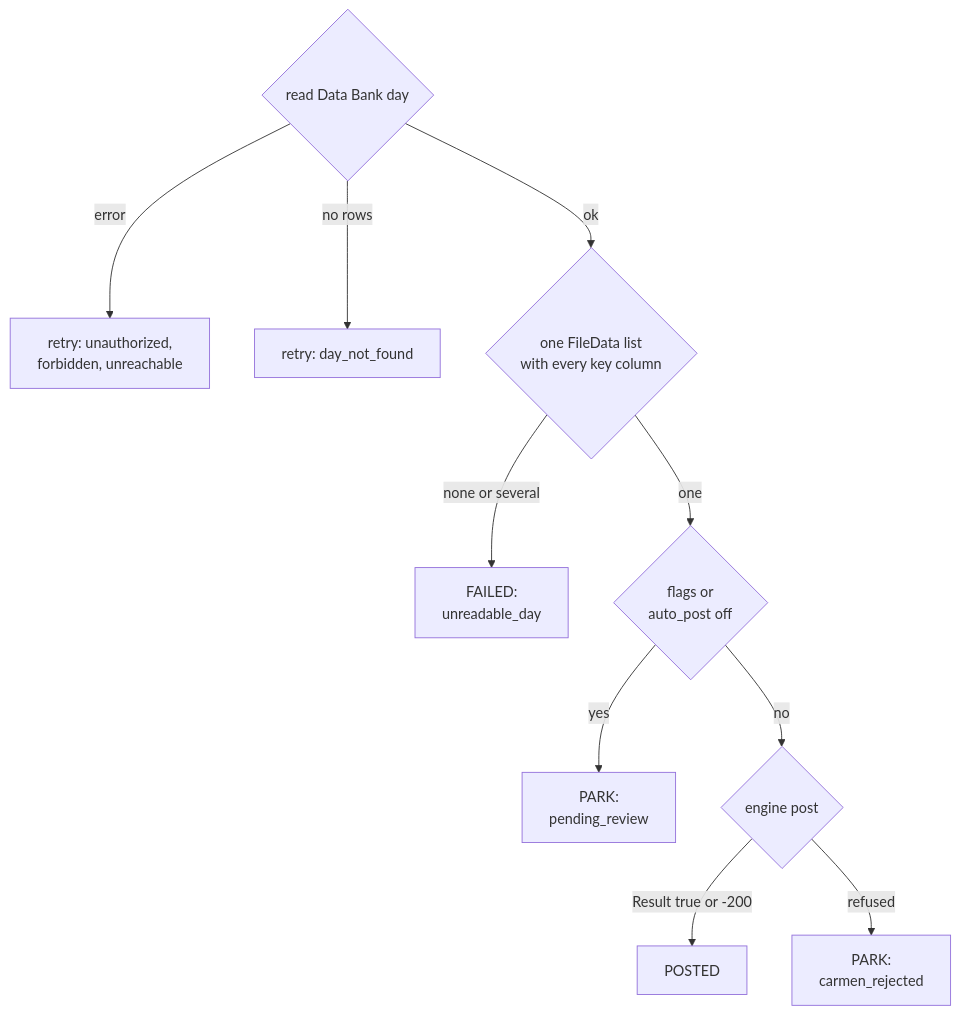
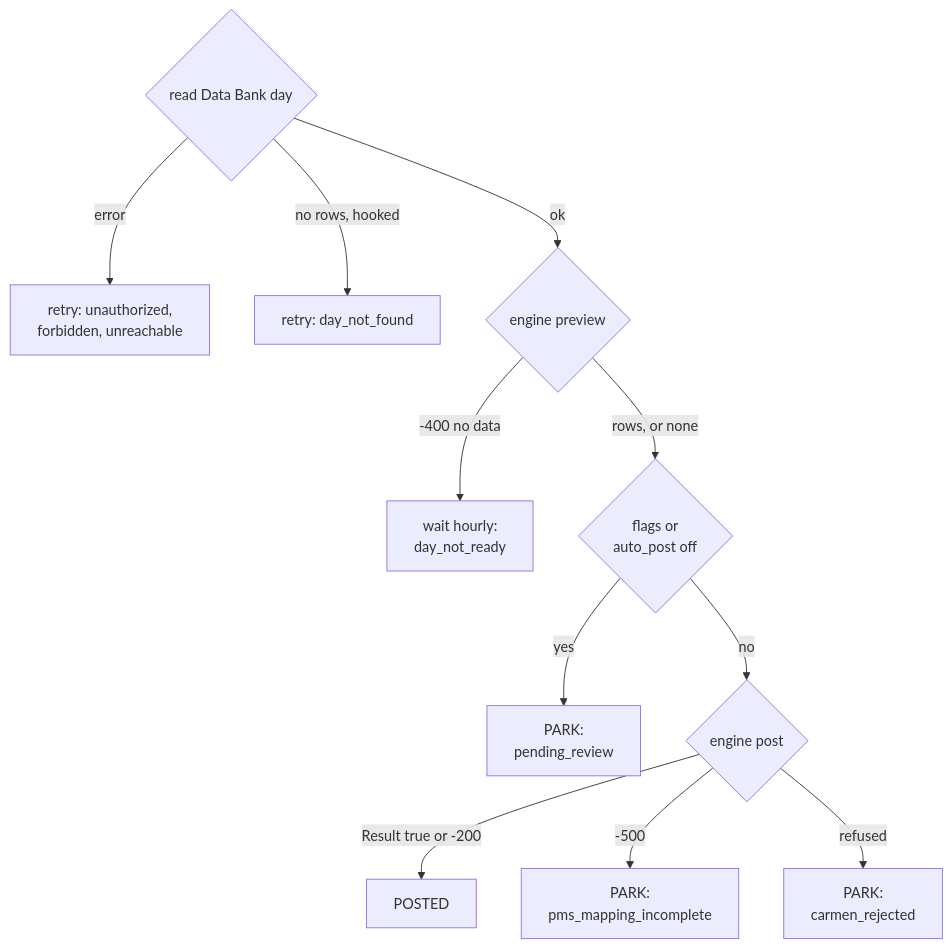
Before and after one commit to developer-carmensoftware/OCR: the eighth of 10 diagrams in docs/frd/FRD-11-pms-interface.md, drawn with Mermaid. The commit also changed other lines of this file and 2 other files, not shown here.

First line of the commit message:
docs(pms): FRD-11 v1.4, RS-07 v0.2, TR v0.2 follow decision-log #52–#54

````diff
--- a/docs/frd/FRD-11-pms-interface.md
+++ b/docs/frd/FRD-11-pms-interface.md
@@ -376,12 +390,13 @@
 ```mermaid 8.4b | Reading the day, then park or post
 flowchart TB
     G{read Data Bank day} -->|error| R4[retry: unauthorized,<br/>forbidden, unreachable]
-    G -->|no rows| R5[retry: day_not_found]
-    G -->|ok| H{one FileData list<br/>with every key column}
-    H -->|none or several| F2[FAILED:<br/>unreadable_day]
-    H -->|one| I{flags or<br/>auto_post off}
+    G -->|no rows, hooked| R5[retry: day_not_found]
+    G -->|ok| H{engine preview}
+    H -->|-400 no data| W1[wait hourly:<br/>day_not_ready]
+    H -->|rows, or none| I{flags or<br/>auto_post off}
     I -->|yes| PK[PARK:<br/>pending_review]
     I -->|no| J{engine post}
     J -->|Result true or -200| PO[POSTED]
+    J -->|-500| PM[PARK:<br/>pms_mapping_incomplete]
     J -->|refused| PR[PARK:<br/>carmen_rejected]
 ```
````
